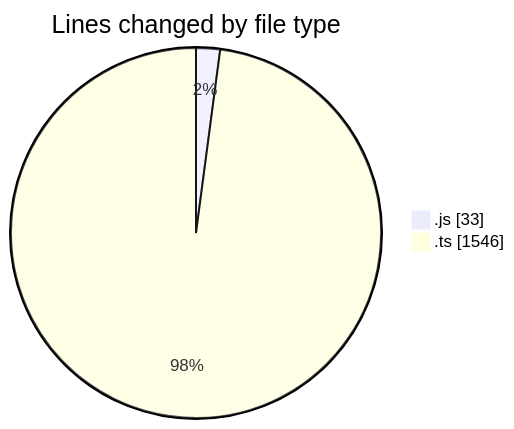
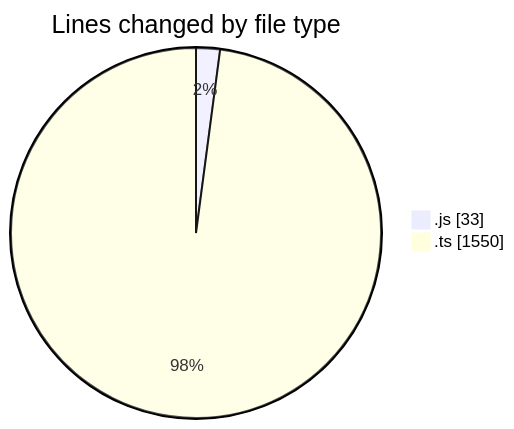
The first of 2 diagrams in 2025-09-08/cda/README.md (momahboobian/code-tracking), drawn with Mermaid before and after one commit. The commit also changed other lines of this file and 1 other file, not shown here.

````diff
--- a/2025-09-08/cda/README.md
+++ b/2025-09-08/cda/README.md
@@ -22,6 +22,6 @@
 ```mermaid
 pie showData
 title Lines changed by file type
 ".js" : 33
-".ts" : 1546
+".ts" : 1550
 ```
````
